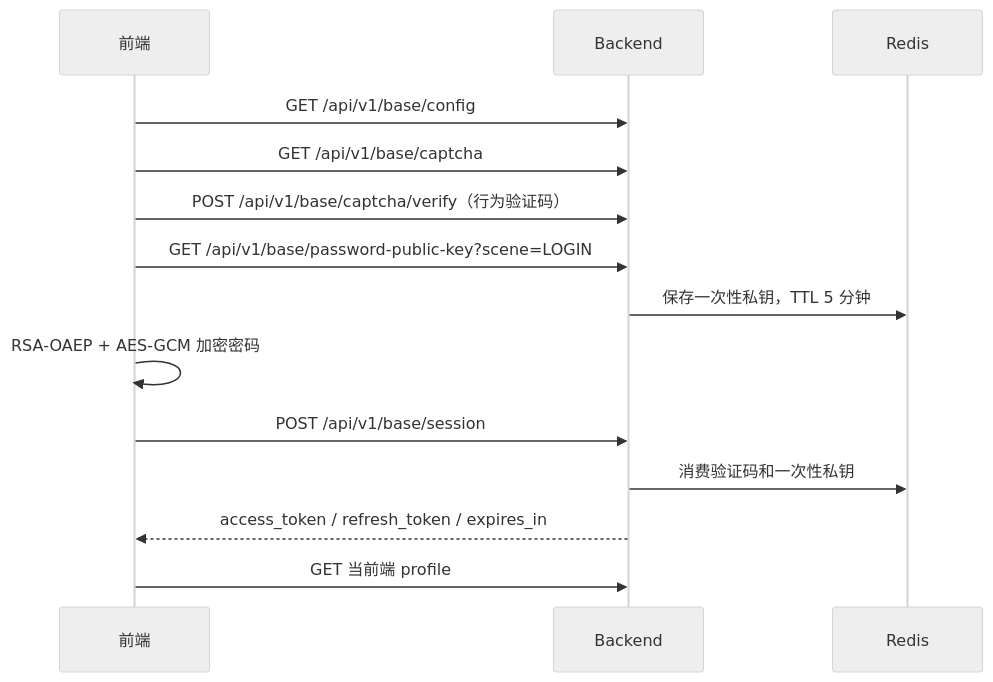
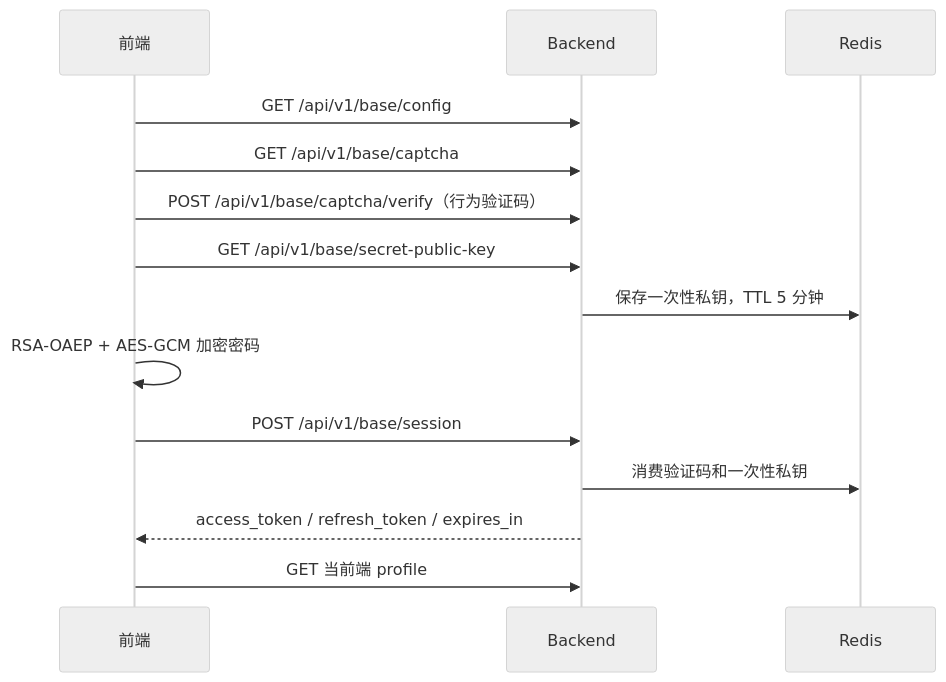
The diagram in docs/登录与密码加密流程.md (liujitcn/kratos-admin), drawn with Mermaid (neutral theme) before and after one commit. The commit also changed other lines of this file and 247 other files, not shown here.

````diff
--- a/docs/登录与密码加密流程.md
+++ b/docs/登录与密码加密流程.md
@@ -7,16 +7,16 @@
 ```mermaid
 sequenceDiagram
   participant UI as 前端
   participant API as Backend
   participant Cache as Redis
   UI->>API: GET /api/v1/base/config
   UI->>API: GET /api/v1/base/captcha
   UI->>API: POST /api/v1/base/captcha/verify（行为验证码）
-  UI->>API: GET /api/v1/base/password-public-key?scene=LOGIN
+  UI->>API: GET /api/v1/base/secret-public-key
   API->>Cache: 保存一次性私钥，TTL 5 分钟
   UI->>UI: RSA-OAEP + AES-GCM 加密密码
   UI->>API: POST /api/v1/base/session
   API->>Cache: 消费验证码和一次性私钥
   API-->>UI: access_token / refresh_token / expires_in
   UI->>API: GET 当前端 profile
 ```
````
